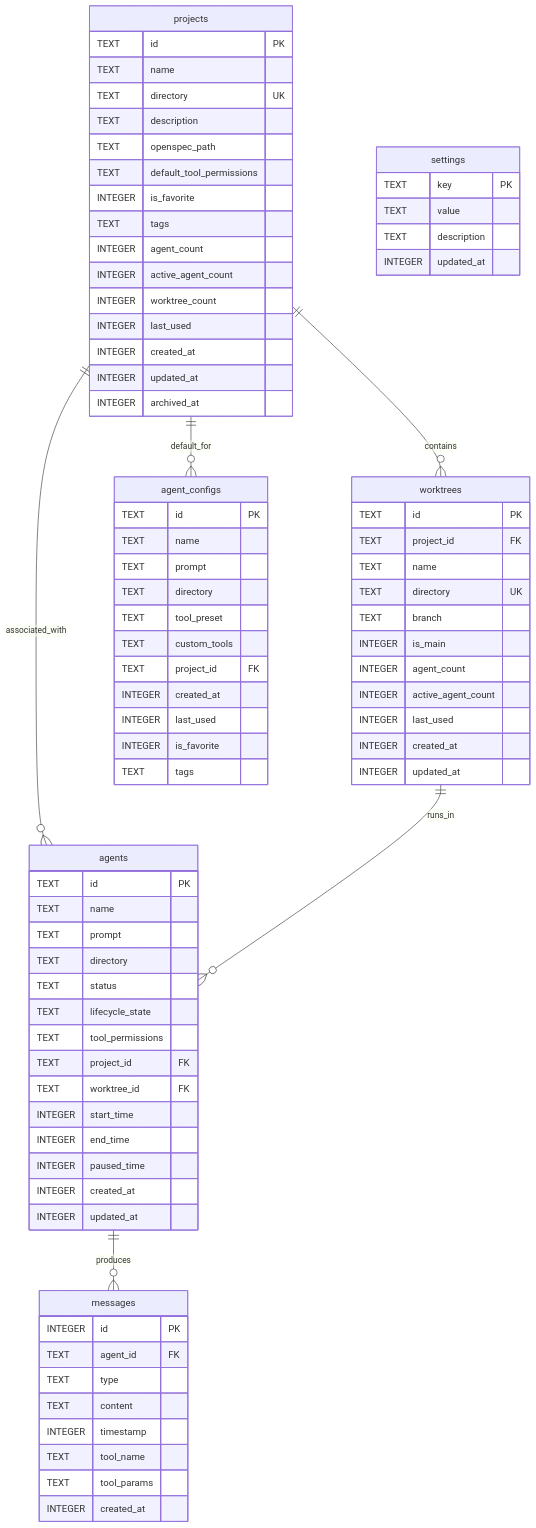
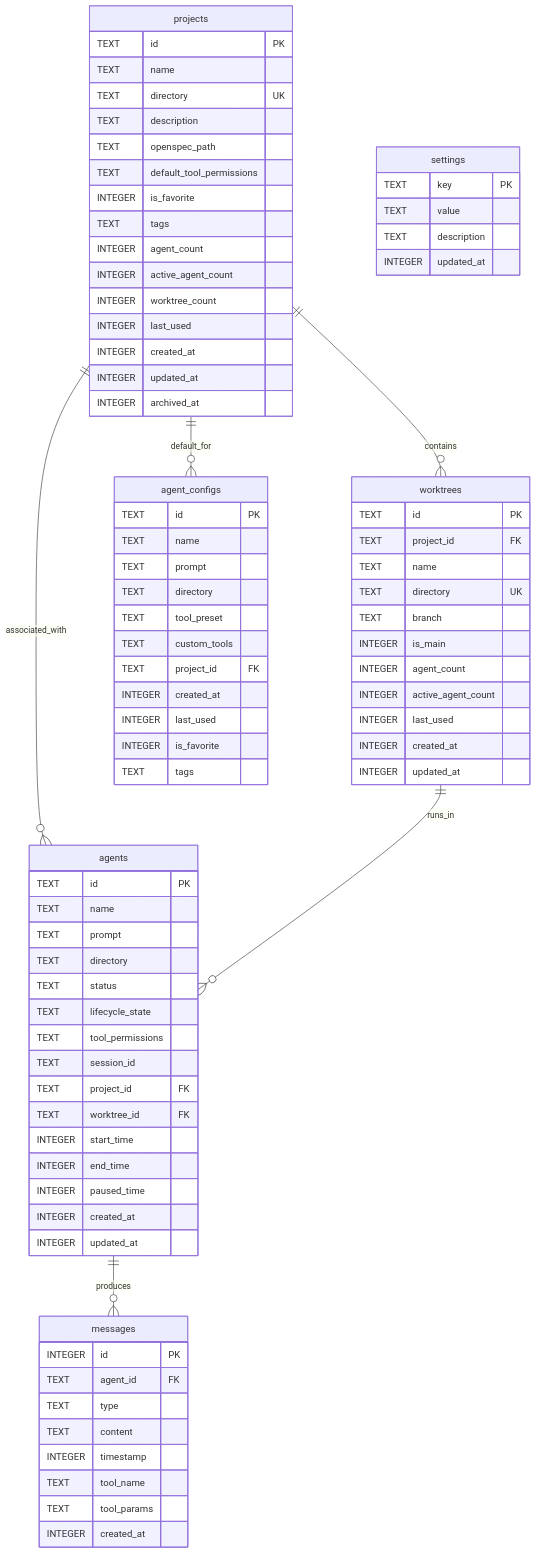
Diagram 12 of 12 in docs/ARCHITECTURE.md (the-ebdm/agent-view), drawn with Mermaid before and after one commit. The commit also changed other lines of this file and 1 other file, not shown here.

First line of the commit message:
docs: update architecture docs and progress tracking for SDK session management

```diff
--- a/docs/ARCHITECTURE.md
+++ b/docs/ARCHITECTURE.md
@@ -726,6 +887,7 @@
         TEXT status
         TEXT lifecycle_state
         TEXT tool_permissions
+        TEXT session_id
         TEXT project_id FK
         TEXT worktree_id FK
         INTEGER start_time
```
